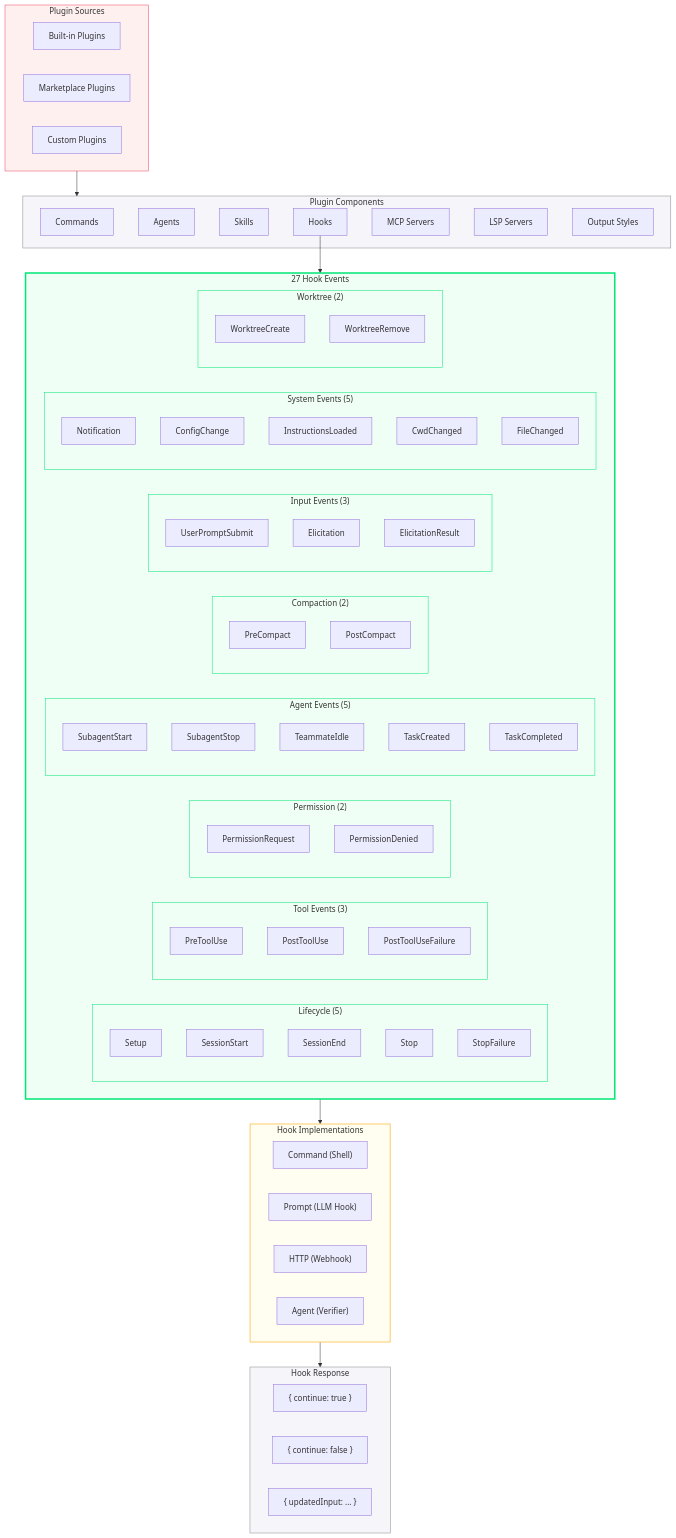
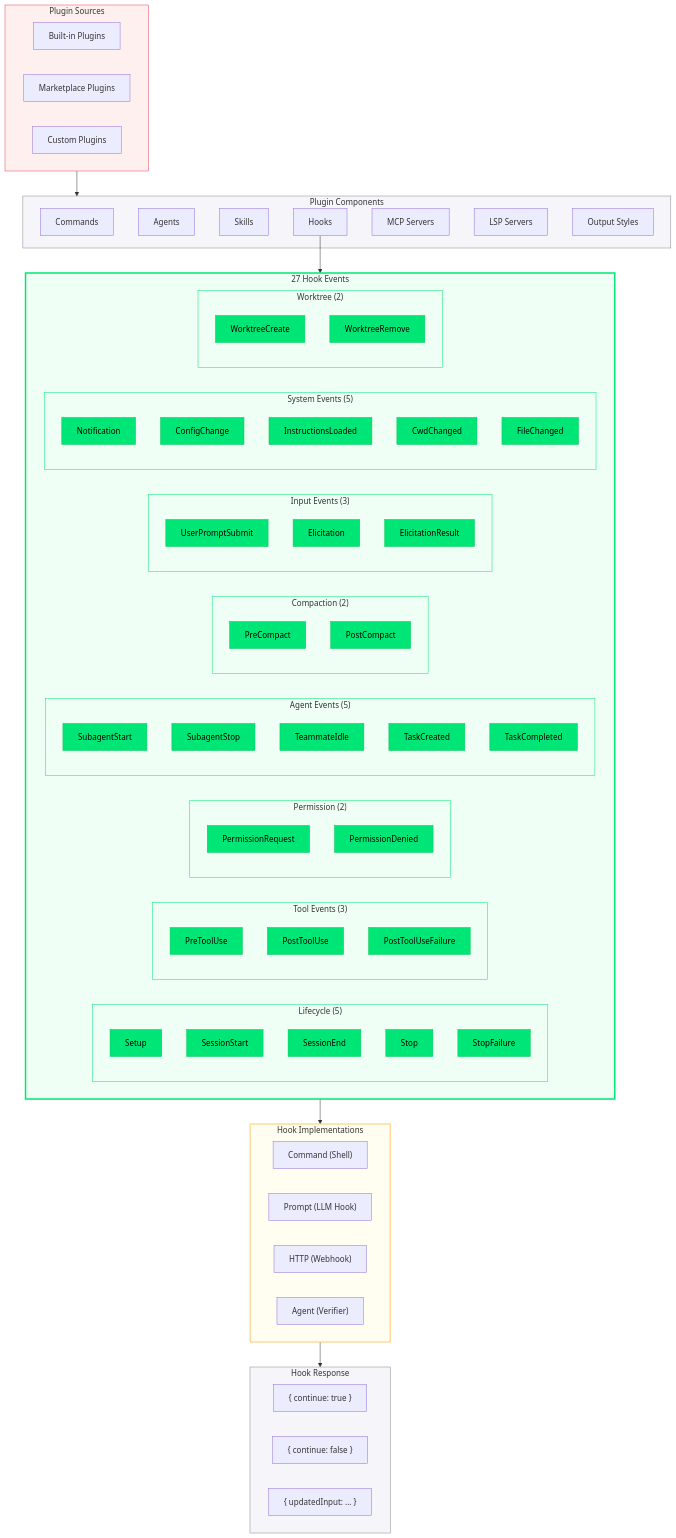
The ninth of 14 diagrams in DIAGRAMS.md (PavelValentov/multi-agent-architecture), drawn with Mermaid before and after one commit. The commit also changed other lines of this file, not shown here.

Commit message:
Paint all nodes inside green sections green
All nodes within green-bordered sections (diagrams 9, 13, 14) now have
explicit green fill (#00e676). Eliminates gray default nodes that looked
like "old" elements inside "new" sections.

- Diagram 9: all 27 hook event nodes
- Diagram 13: MSG_FIELDS, NOTIF_FIELDS, DIRECT, NAMED, BROADCAST
- Diagram 14: all CacheSafe params, KEY, children, isolation guarantees

````diff
--- a/DIAGRAMS.md
+++ b/DIAGRAMS.md
@@ -822,6 +822,33 @@
     style InputHooks fill:#f0fff5,stroke:#00e676,stroke-width:1px,color:#333
     style SystemHooks fill:#f0fff5,stroke:#00e676,stroke-width:1px,color:#333
     style WorktreeHooks fill:#f0fff5,stroke:#00e676,stroke-width:1px,color:#333
+    style H_SETUP fill:#00e676,stroke:#00c853,stroke-width:1px,color:#000
+    style H_SESSION_START fill:#00e676,stroke:#00c853,stroke-width:1px,color:#000
+    style H_SESSION_END fill:#00e676,stroke:#00c853,stroke-width:1px,color:#000
+    style H_STOP fill:#00e676,stroke:#00c853,stroke-width:1px,color:#000
+    style H_STOP_FAIL fill:#00e676,stroke:#00c853,stroke-width:1px,color:#000
+    style H_PRE fill:#00e676,stroke:#00c853,stroke-width:1px,color:#000
+    style H_POST fill:#00e676,stroke:#00c853,stroke-width:1px,color:#000
+    style H_POST_F fill:#00e676,stroke:#00c853,stroke-width:1px,color:#000
+    style H_PERM_R fill:#00e676,stroke:#00c853,stroke-width:1px,color:#000
+    style H_PERM_D fill:#00e676,stroke:#00c853,stroke-width:1px,color:#000
+    style H_SUB_START fill:#00e676,stroke:#00c853,stroke-width:1px,color:#000
+    style H_SUB_STOP fill:#00e676,stroke:#00c853,stroke-width:1px,color:#000
+    style H_TEAMMATE fill:#00e676,stroke:#00c853,stroke-width:1px,color:#000
+    style H_TASK_CREATE fill:#00e676,stroke:#00c853,stroke-width:1px,color:#000
+    style H_TASK_DONE fill:#00e676,stroke:#00c853,stroke-width:1px,color:#000
+    style H_PRE_COMPACT fill:#00e676,stroke:#00c853,stroke-width:1px,color:#000
+    style H_POST_COMPACT fill:#00e676,stroke:#00c853,stroke-width:1px,color:#000
+    style H_PROMPT fill:#00e676,stroke:#00c853,stroke-width:1px,color:#000
+    style H_ELICIT fill:#00e676,stroke:#00c853,stroke-width:1px,color:#000
+    style H_ELICIT_R fill:#00e676,stroke:#00c853,stroke-width:1px,color:#000
+    style H_NOTIF fill:#00e676,stroke:#00c853,stroke-width:1px,color:#000
+    style H_CONFIG fill:#00e676,stroke:#00c853,stroke-width:1px,color:#000
+    style H_INSTRUCT fill:#00e676,stroke:#00c853,stroke-width:1px,color:#000
+    style H_CWD fill:#00e676,stroke:#00c853,stroke-width:1px,color:#000
+    style H_FILE fill:#00e676,stroke:#00c853,stroke-width:1px,color:#000
+    style H_WT_CREATE fill:#00e676,stroke:#00c853,stroke-width:1px,color:#000
+    style H_WT_REMOVE fill:#00e676,stroke:#00c853,stroke-width:1px,color:#000
     style HookImpl fill:#fffef0,stroke:#fdcb6e,stroke-width:2px,color:#333
     style HookResponse fill:#f5f5fa,stroke:#888,stroke-width:1px,color:#333
 ```
````
